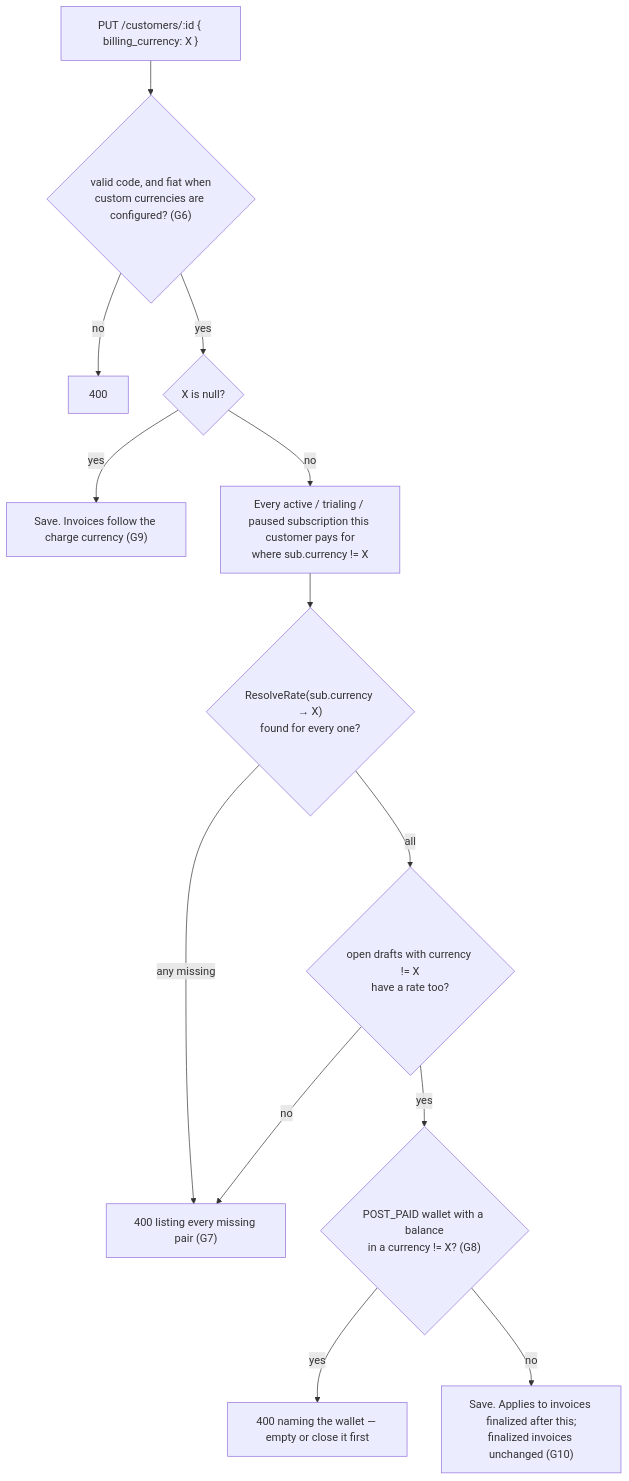
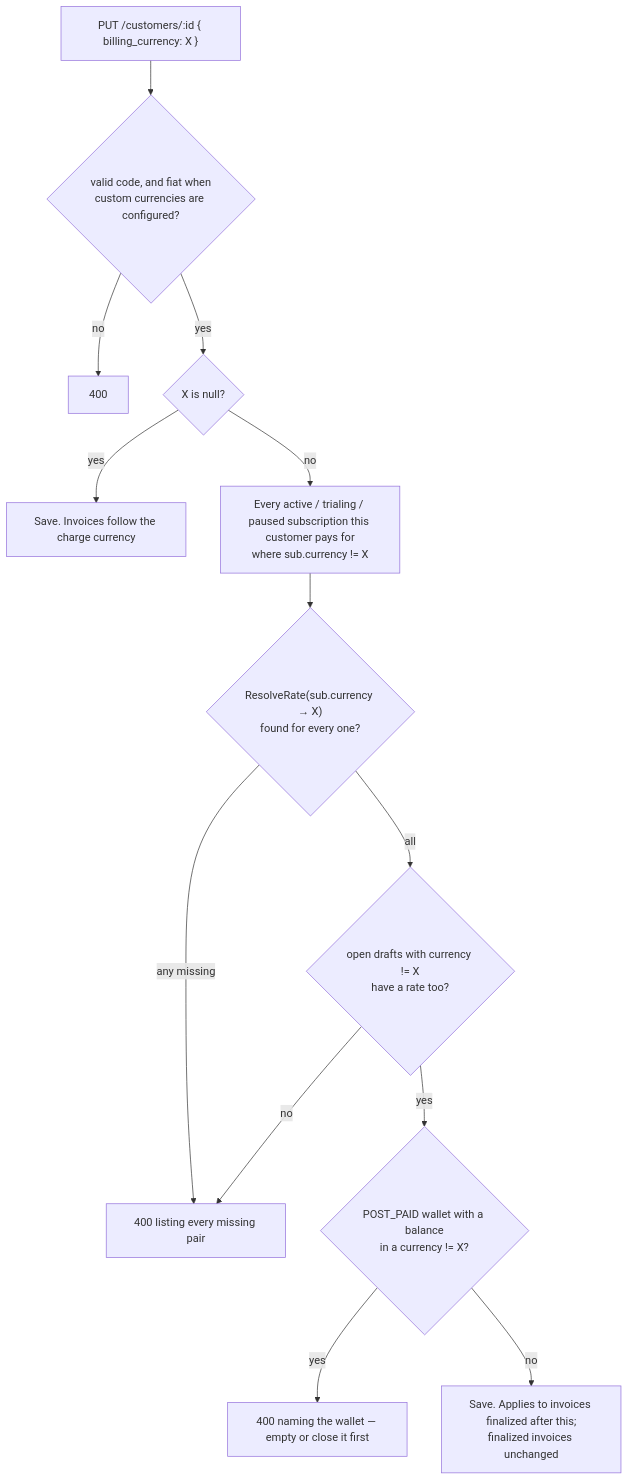
Before and after one commit to aghijap/flexprice-FLE-1411: the fifth of 7 diagrams in docs/design/2026-09-26-FLE-1383-adaptive-multi-currency-phase1-erd.md, drawn with Mermaid. The commit also changed other lines of this file and 1 other file, not shown here.

````diff
--- a/docs/design/2026-09-26-FLE-1383-adaptive-multi-currency-phase1-erd.md
+++ b/docs/design/2026-09-26-FLE-1383-adaptive-multi-currency-phase1-erd.md
@@ -733,15 +642,15 @@
 ```mermaid
 flowchart TD
-    A["PUT /customers/:id { billing_currency: X }"] --> V{"valid code, and fiat when<br/>custom currencies are configured? (G6)"}
+    A["PUT /customers/:id { billing_currency: X }"] --> V{"valid code, and fiat when<br/>custom currencies are configured?"}
     V -- no --> R1["400"]
     V -- yes --> N{"X is null?"}
-    N -- yes --> OK["Save. Invoices follow the charge currency (G9)"]
+    N -- yes --> OK["Save. Invoices follow the charge currency"]
     N -- no --> SUBS["Every active / trialing / paused subscription this customer pays for<br/>where sub.currency != X"]
     SUBS --> RR{"ResolveRate(sub.currency → X)<br/>found for every one?"}
-    RR -- "any missing" --> R2["400 listing every missing pair (G7)"]
+    RR -- "any missing" --> R2["400 listing every missing pair"]
     RR -- all --> DR{"open drafts with currency != X<br/>have a rate too?"}
     DR -- no --> R2
-    DR -- yes --> PW{"POST_PAID wallet with a balance<br/>in a currency != X? (G8)"}
+    DR -- yes --> PW{"POST_PAID wallet with a balance<br/>in a currency != X?"}
     PW -- yes --> R3["400 naming the wallet — empty or close it first"]
-    PW -- no --> OK2["Save. Applies to invoices finalized after this;<br/>finalized invoices unchanged (G10)"]
+    PW -- no --> OK2["Save. Applies to invoices finalized after this;<br/>finalized invoices unchanged"]
 ```
````
